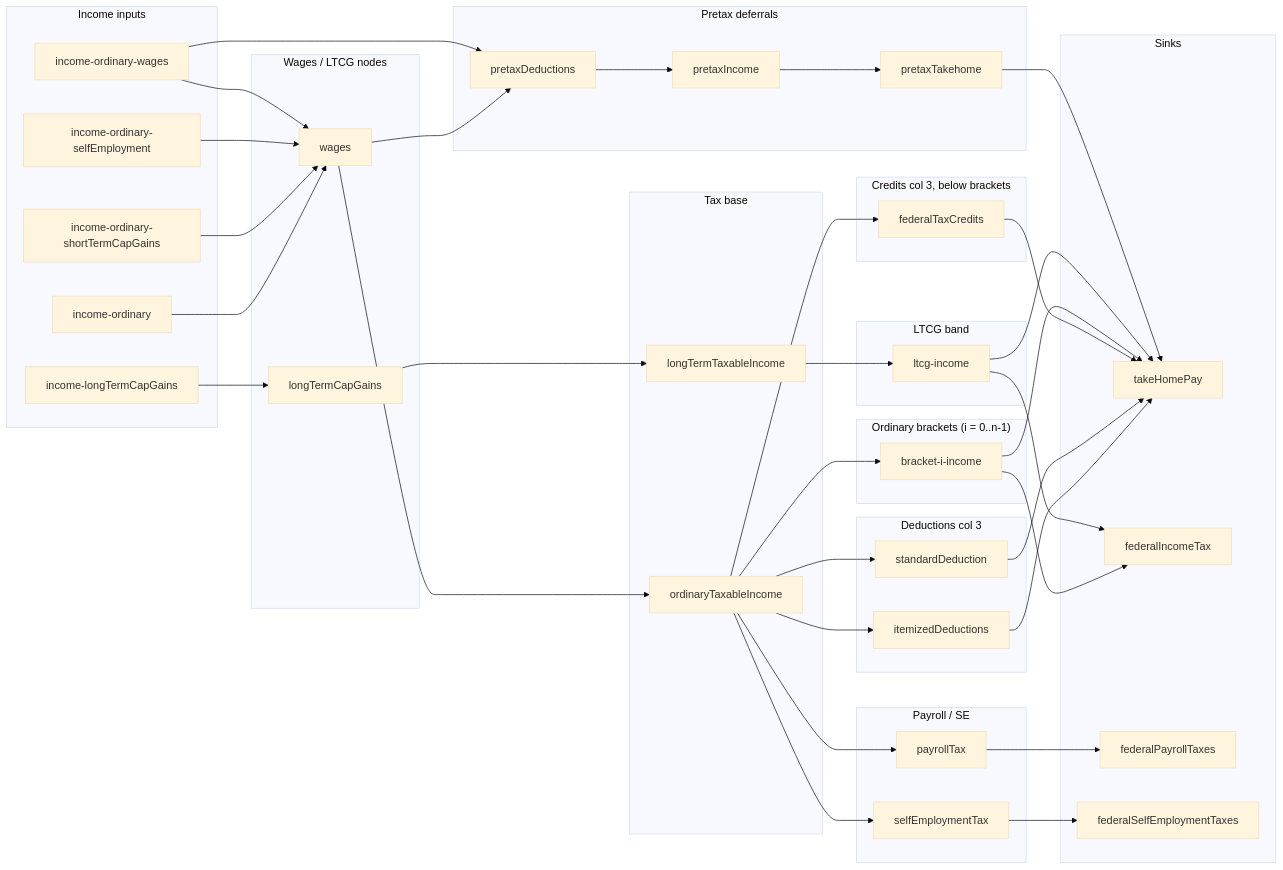
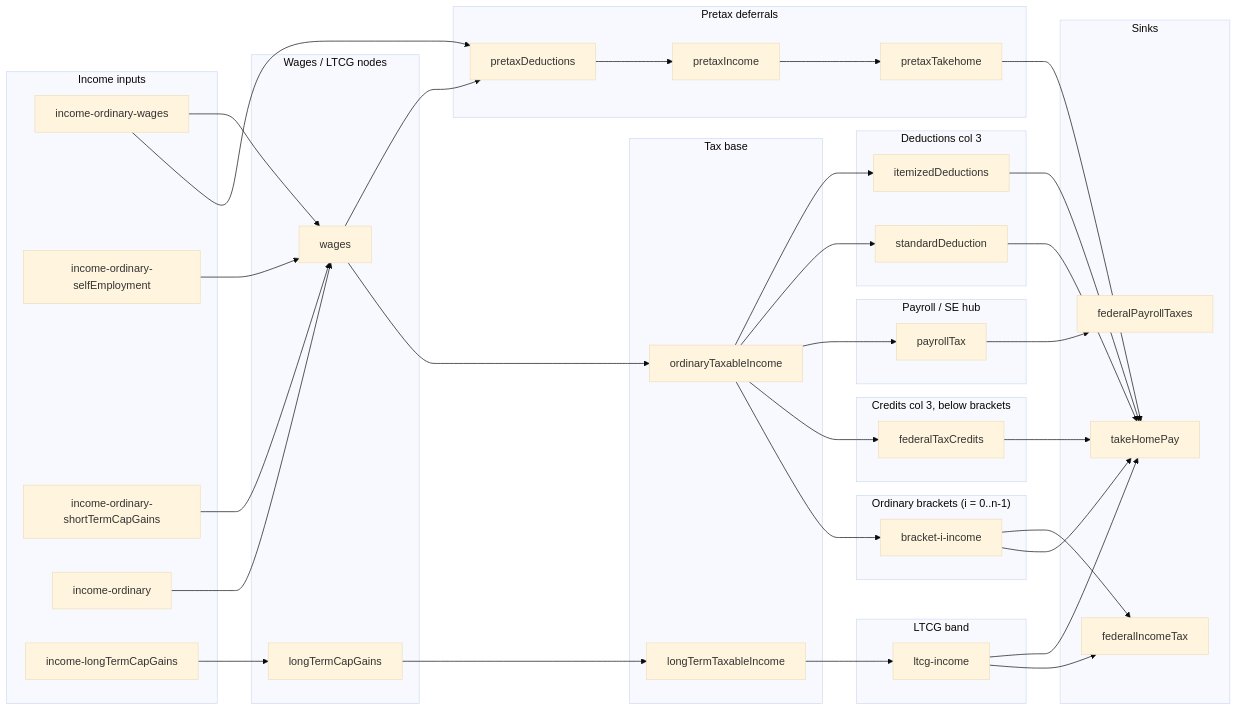
Before and after one commit to MaxwellCohen/tax-visualizer: the diagram in docs/sankey-links.md, drawn with Mermaid (base theme). The commit also changed other lines of this file and 15 other files, not shown here.

```diff
--- a/docs/sankey-links.md
+++ b/docs/sankey-links.md
@@ -35,9 +35,8 @@
     item["itemizedDeductions"]
   end
 
-  subgraph payrollSe["Payroll / SE"]
+  subgraph payrollSe["Payroll / SE hub"]
     pt["payrollTax"]
-    setx["selfEmploymentTax"]
   end
 
   subgraph creditsBand["Credits col 3, below brackets"]
@@ -56,7 +55,6 @@
     thp["takeHomePay"]
     fit["federalIncomeTax"]
     fpt["federalPayrollTaxes"]
-    fset["federalSelfEmploymentTaxes"]
   end
 
   iw --> pd
@@ -87,9 +85,6 @@
   otiN --> pt
   pt --> fpt
 
-  otiN --> setx
-  setx --> fset
-
   otiN --> std
   std --> thp
 
```
